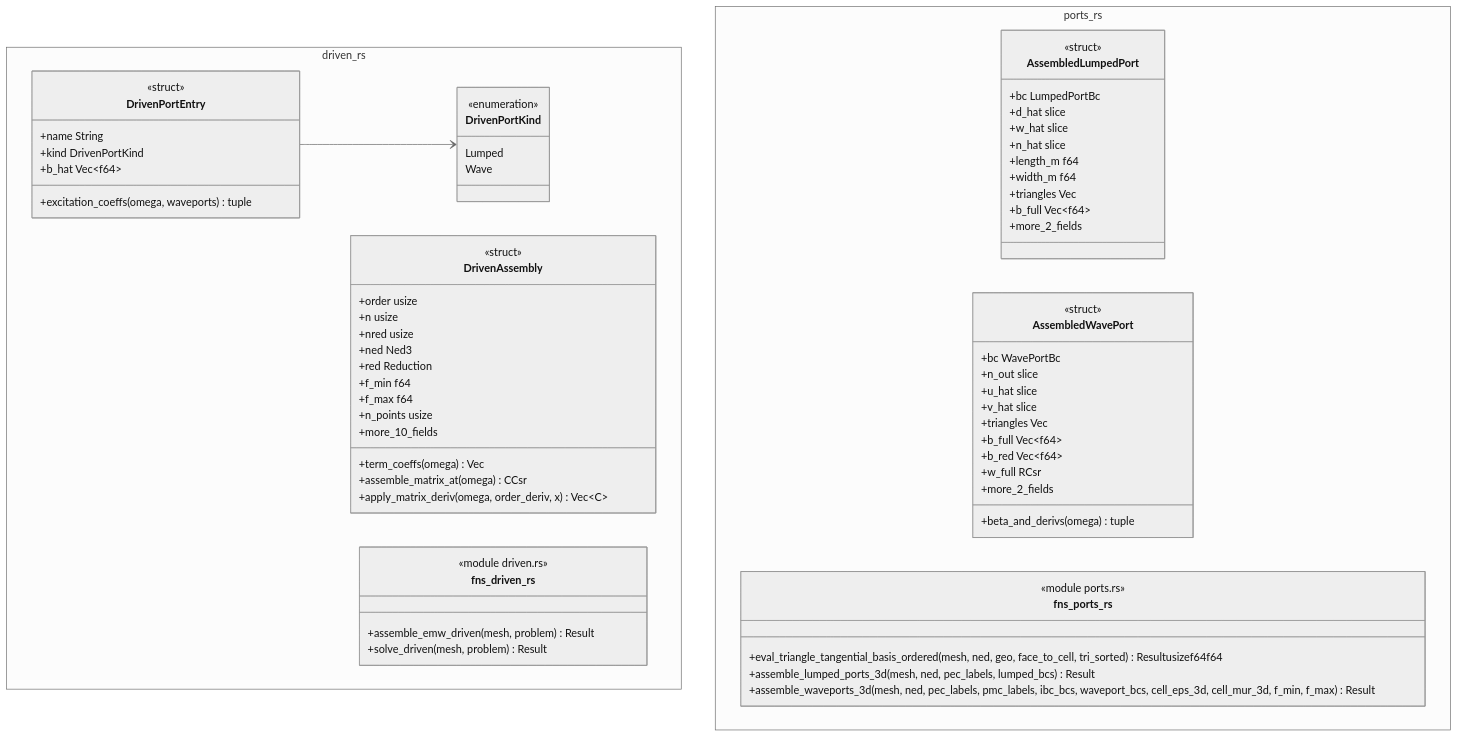
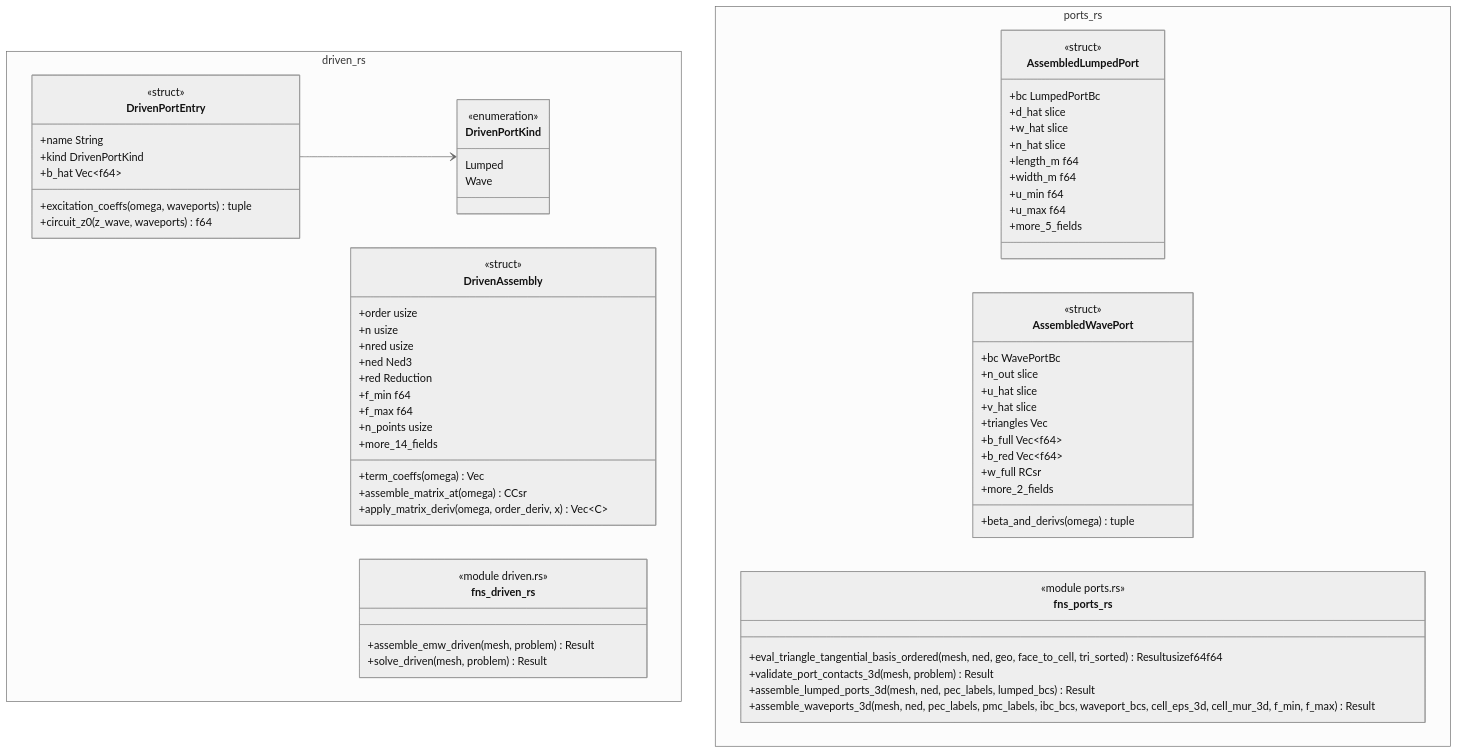
Before and after one commit to p-j-r/nyx: the diagram in docs/architecture/c4/4-code/ems/driven.md, drawn with Mermaid (neutral theme). The commit also changed other lines of this file and 150 other files, not shown here.

````diff
--- a/docs/architecture/c4/4-code/ems/driven.md
+++ b/docs/architecture/c4/4-code/ems/driven.md
@@ -38,71 +39,73 @@
 ```mermaid
 classDiagram
   namespace driven_rs {
     class DrivenPortKind {
         <<enumeration>>
         Lumped
         Wave
     }
     class DrivenPortEntry {
         <<struct>>
         +name String
         +kind DrivenPortKind
         +b_hat Vec~f64~
         +excitation_coeffs(omega, waveports) tuple
+        +circuit_z0(z_wave, waveports) f64
     }
     class DrivenAssembly {
         <<struct>>
         +order usize
         +n usize
         +nred usize
         +ned Ned3
         +red Reduction
         +f_min f64
         +f_max f64
         +n_points usize
-        +more_10_fields
+        +more_14_fields
         +term_coeffs(omega) Vec
         +assemble_matrix_at(omega) CCsr
         +apply_matrix_deriv(omega, order_deriv, x) Vec~C~
     }
     class fns_driven_rs {
         <<module driven.rs>>
         +assemble_emw_driven(mesh, problem) Result
         +solve_driven(mesh, problem) Result
     }
   }
   namespace ports_rs {
     class AssembledLumpedPort {
         <<struct>>
         +bc LumpedPortBc
         +d_hat slice
         +w_hat slice
         +n_hat slice
         +length_m f64
         +width_m f64
-        +triangles Vec
-        +b_full Vec~f64~
-        +more_2_fields
+        +u_min f64
+        +u_max f64
+        +more_5_fields
     }
     class AssembledWavePort {
         <<struct>>
         +bc WavePortBc
         +n_out slice
         +u_hat slice
         +v_hat slice
         +triangles Vec
         +b_full Vec~f64~
         +b_red Vec~f64~
         +w_full RCsr
         +more_2_fields
         +beta_and_derivs(omega) tuple
     }
     class fns_ports_rs {
         <<module ports.rs>>
         +eval_triangle_tangential_basis_ordered(mesh, ned, geo, face_to_cell, tri_sorted) Resultusizef64f64
+        +validate_port_contacts_3d(mesh, problem) Result
         +assemble_lumped_ports_3d(mesh, ned, pec_labels, lumped_bcs) Result
         +assemble_waveports_3d(mesh, ned, pec_labels, pmc_labels, ibc_bcs, waveport_bcs, cell_eps_3d, cell_mur_3d, f_min, f_max) Result
     }
   }
   DrivenPortEntry --> DrivenPortKind
 ```
````
